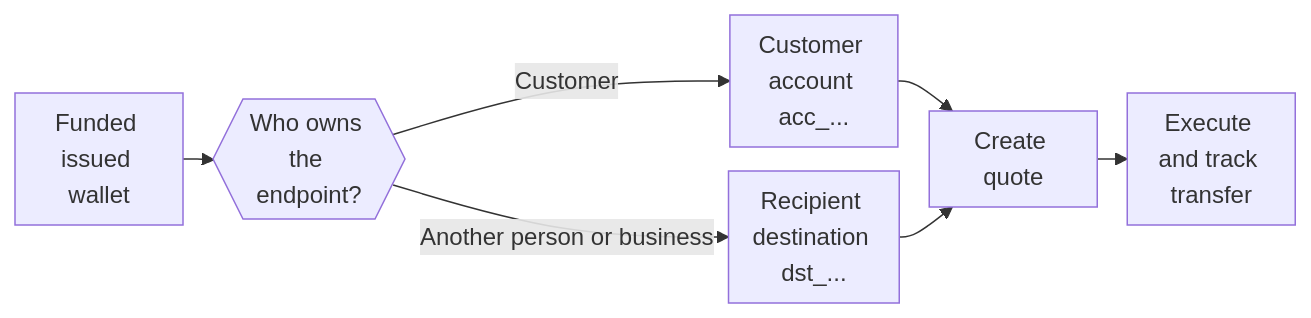
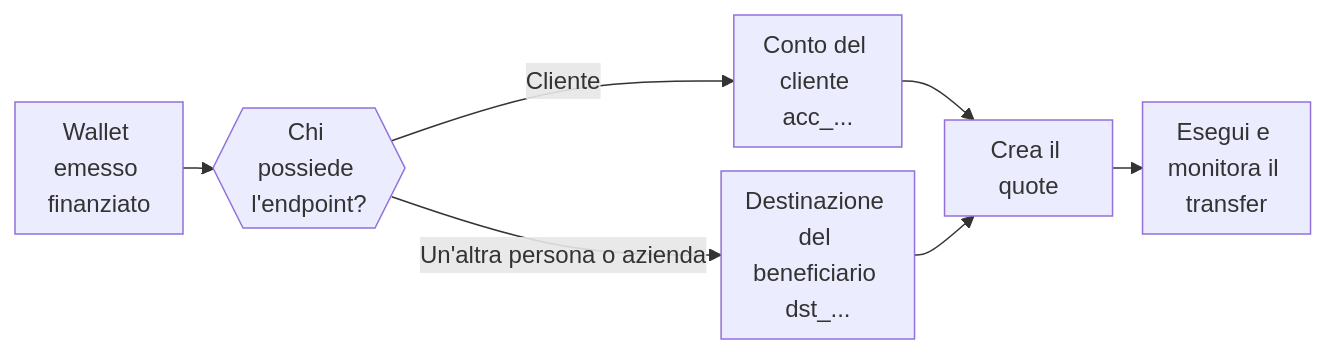
One commit to swipelux/public-docs changed the diagram in it/integration/send-funds.mdx. Above: the diagram before and after it, drawn with Mermaid. The commit also changed other lines of this file and 285 other files, not shown here.

````diff
--- a/it/integration/send-funds.mdx
+++ b/it/integration/send-funds.mdx
@@ -8,10 +8,10 @@
 ```mermaid
 %%{init: {"flowchart": {"rankSpacing": 20, "nodeSpacing": 16, "wrappingWidth": 80, "padding": 8}}}%%
 flowchart LR
-  A["Funded issued wallet"] --> B{{"Who owns the endpoint?"}}
-  B -->|"Customer"| C["Customer account acc_..."]
-  B -->|"Another person or business"| D["Recipient destination dst_..."]
-  C --> E["Create quote"]
+  A["Wallet emesso finanziato"] --> B{{"Chi possiede l'endpoint?"}}
+  B -->|"Cliente"| C["Conto del cliente acc_..."]
+  B -->|"Un'altra persona o azienda"| D["Destinazione del beneficiario dst_..."]
+  C --> E["Crea il quote"]
   D --> E
-  E --> F["Execute and track transfer"]
+  E --> F["Esegui e monitora il transfer"]
 ```
````
